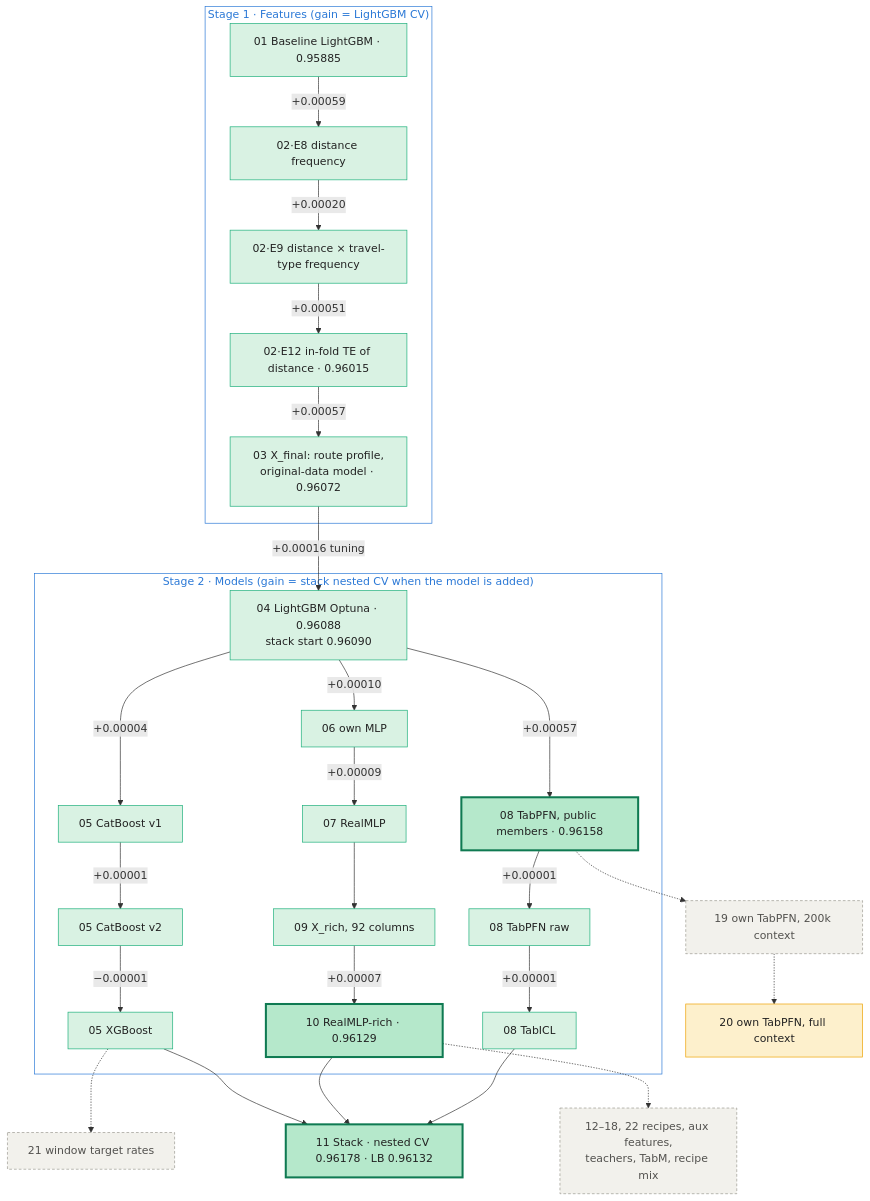
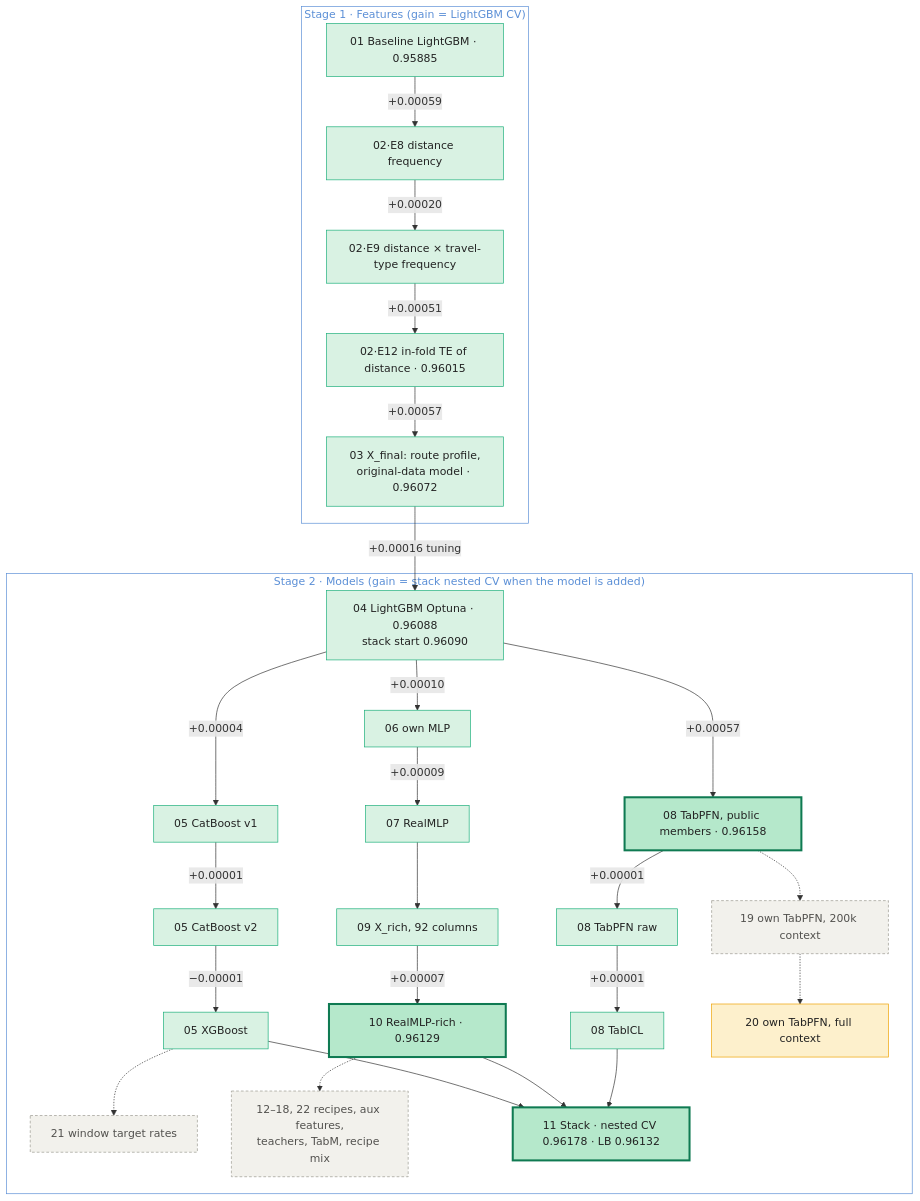
The diagram in predicting_airline_satisfaction_s6e10/README.md (de-lazurenko/kaggle-competitions), drawn with Mermaid before and after one commit.

````diff
--- a/predicting_airline_satisfaction_s6e10/README.md
+++ b/predicting_airline_satisfaction_s6e10/README.md
@@ -23,44 +23,44 @@
 ```mermaid
 flowchart TD
     classDef kept fill:#d9f2e3,stroke:#1baf7a,color:#222
     classDef big fill:#b5e8cb,stroke:#0f7a52,stroke-width:3px,color:#222
     classDef rej fill:#f2f1ec,stroke:#9a9890,stroke-dasharray:4 3,color:#52514e
     classDef pend fill:#fdf0cc,stroke:#eda100,color:#222
 
     subgraph FEAT["Stage 1 · Features (gain = LightGBM CV)"]
         B01["01 Baseline LightGBM · 0.95885"]:::kept
         B01 -->|"+0.00059"| E8["02·E8 distance frequency"]:::kept
         E8 -->|"+0.00020"| E9["02·E9 distance × travel-type frequency"]:::kept
         E9 -->|"+0.00051"| E12["02·E12 in-fold TE of distance · 0.96015"]:::kept
         E12 -->|"+0.00057"| X03["03 X_final: route profile,<br/>original-data model · 0.96072"]:::kept
     end
 
     subgraph MOD["Stage 2 · Models (gain = stack nested CV when the model is added)"]
         M04["04 LightGBM Optuna · 0.96088<br/>stack start 0.96090"]:::kept
         M04 -->|"+0.00004"| C1["05 CatBoost v1"]:::kept
         C1 -->|"+0.00001"| C2["05 CatBoost v2"]:::kept
         C2 -->|"−0.00001"| XG["05 XGBoost"]:::kept
         M04 -->|"+0.00010"| M06["06 own MLP"]:::kept
         M06 -->|"+0.00009"| M07["07 RealMLP"]:::kept
         M07 --> F09["09 X_rich, 92 columns"]:::kept
         F09 -->|"+0.00007"| M10["10 RealMLP-rich · 0.96129"]:::big
         M04 -->|"+0.00057"| M08["08 TabPFN, public members · 0.96158"]:::big
         M08 -->|"+0.00001"| M08r["08 TabPFN raw"]:::kept
         M08r -->|"+0.00001"| M08i["08 TabICL"]:::kept
+
+        XG -.-> R1["21 window target rates"]:::rej
+        M10 -.-> R2["12–18, 22 recipes, aux features,<br/>teachers, TabM, recipe mix"]:::rej
+        M08 -.-> R3["19 own TabPFN, 200k context"]:::rej
+        R3 -.-> P20["20 own TabPFN, full context"]:::pend
+
+        XG --> S11
+        M10 --> S11
+        M08i --> S11
+        S11["11 Stack · nested CV 0.96178 · LB 0.96132"]:::big
     end
 
     X03 -->|"+0.00016 tuning"| M04
 
-    XG -.-> R1["21 window target rates"]:::rej
-    M10 -.-> R2["12–18, 22 recipes, aux features,<br/>teachers, TabM, recipe mix"]:::rej
-    M08 -.-> R3["19 own TabPFN, 200k context"]:::rej
-    R3 -.-> P20["20 own TabPFN, full context"]:::pend
-
-    XG --> S11
-    M10 --> S11
-    M08i --> S11
-    S11["11 Stack · nested CV 0.96178 · LB 0.96132"]:::big
-
-    style FEAT fill:#ffffff,stroke:#2a78d6,stroke-width:1px,color:#2a78d6
-    style MOD fill:#ffffff,stroke:#2a78d6,stroke-width:1px,color:#2a78d6
+    style FEAT fill:none,stroke:#5b8fd6,stroke-width:1px,color:#5b8fd6
+    style MOD fill:none,stroke:#5b8fd6,stroke-width:1px,color:#5b8fd6
 ```
````
